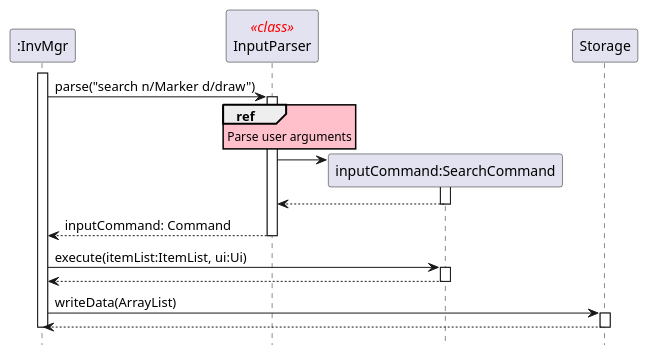
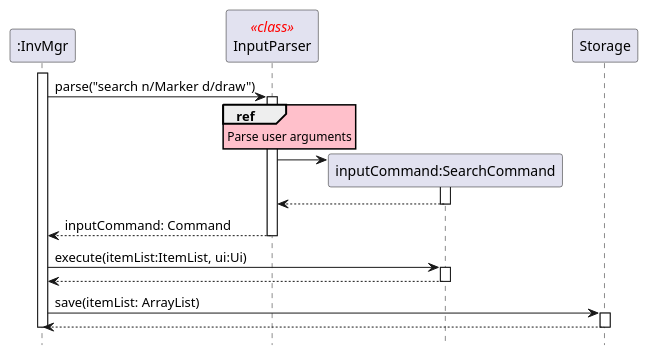
The diagram in docs/diagrams/SearchCommand1SequenceDiagram.puml (nus-cs2113-AY2122S2/tp), drawn with PlantUML before and after one commit. The commit also changed 3 other files, not shown here.

Commit message:
Fix error in referring to save() method of Storage in DG

```diff
--- a/docs/diagrams/SearchCommand1SequenceDiagram.puml
+++ b/docs/diagrams/SearchCommand1SequenceDiagram.puml
@@ -1,33 +1,33 @@
 @startuml
 
 skinparam sequenceStereotypeFontColor red
 skinparam SequenceReferenceBackgroundColor pink
 hide footbox
 
 Participant ":InvMgr" as InvMgr
 Participant "InputParser" as InputParser <<class>>
 Participant "inputCommand:SearchCommand" as SearchCommand
 
 activate InvMgr
     InvMgr -> InputParser: parse("search n/Marker d/draw")
     ref over InputParser
         Parse user arguments
     end
     activate InputParser
         create SearchCommand
         InputParser -> SearchCommand:
         activate SearchCommand
         return
     return inputCommand: Command
 
     InvMgr -> SearchCommand: execute(itemList:ItemList, ui:Ui)
     activate SearchCommand
     return
 
-    InvMgr -> Storage: writeData(ArrayList)
+    InvMgr -> Storage: save(itemList: ArrayList)
     activate Storage
     return
 
 deactivate InvMgr
 
 @enduml
```
